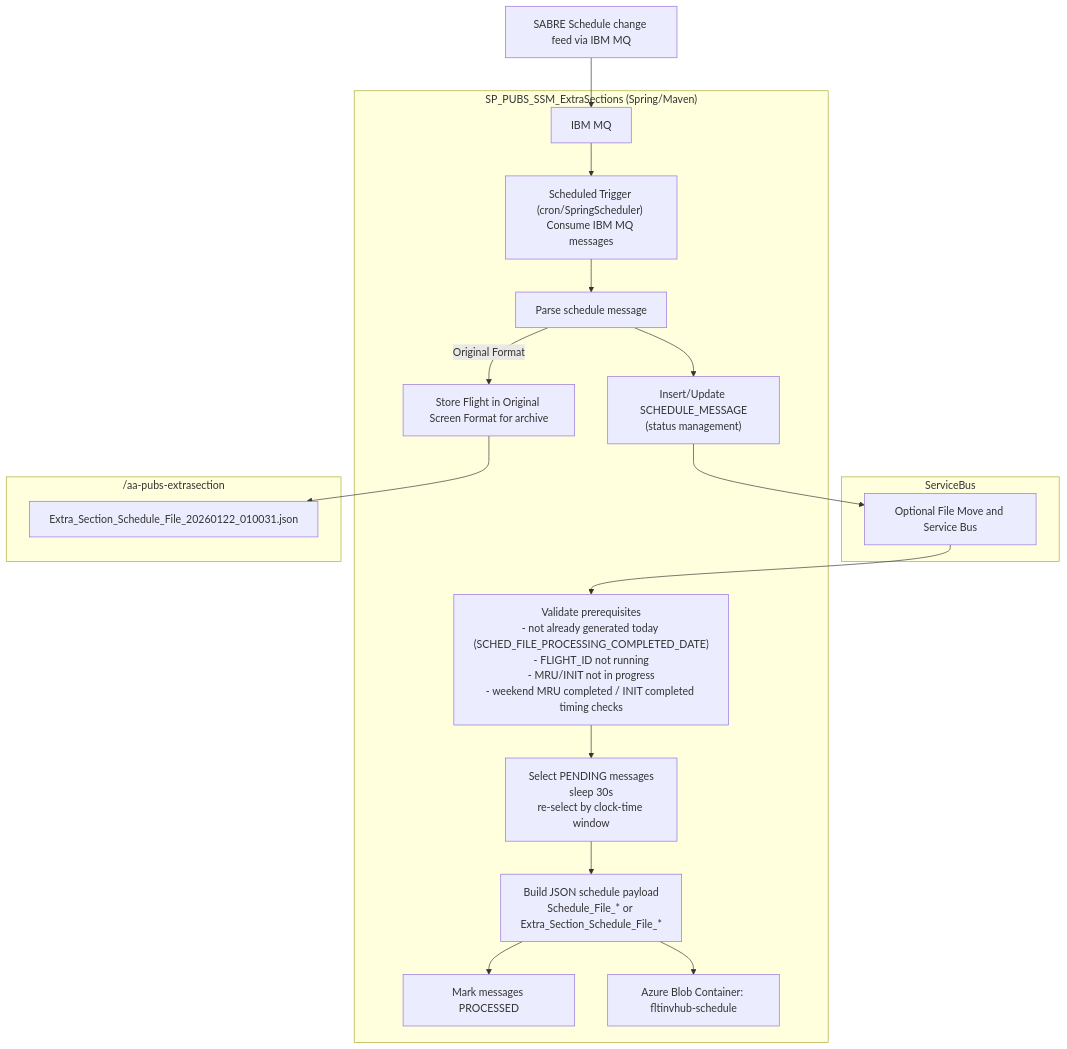
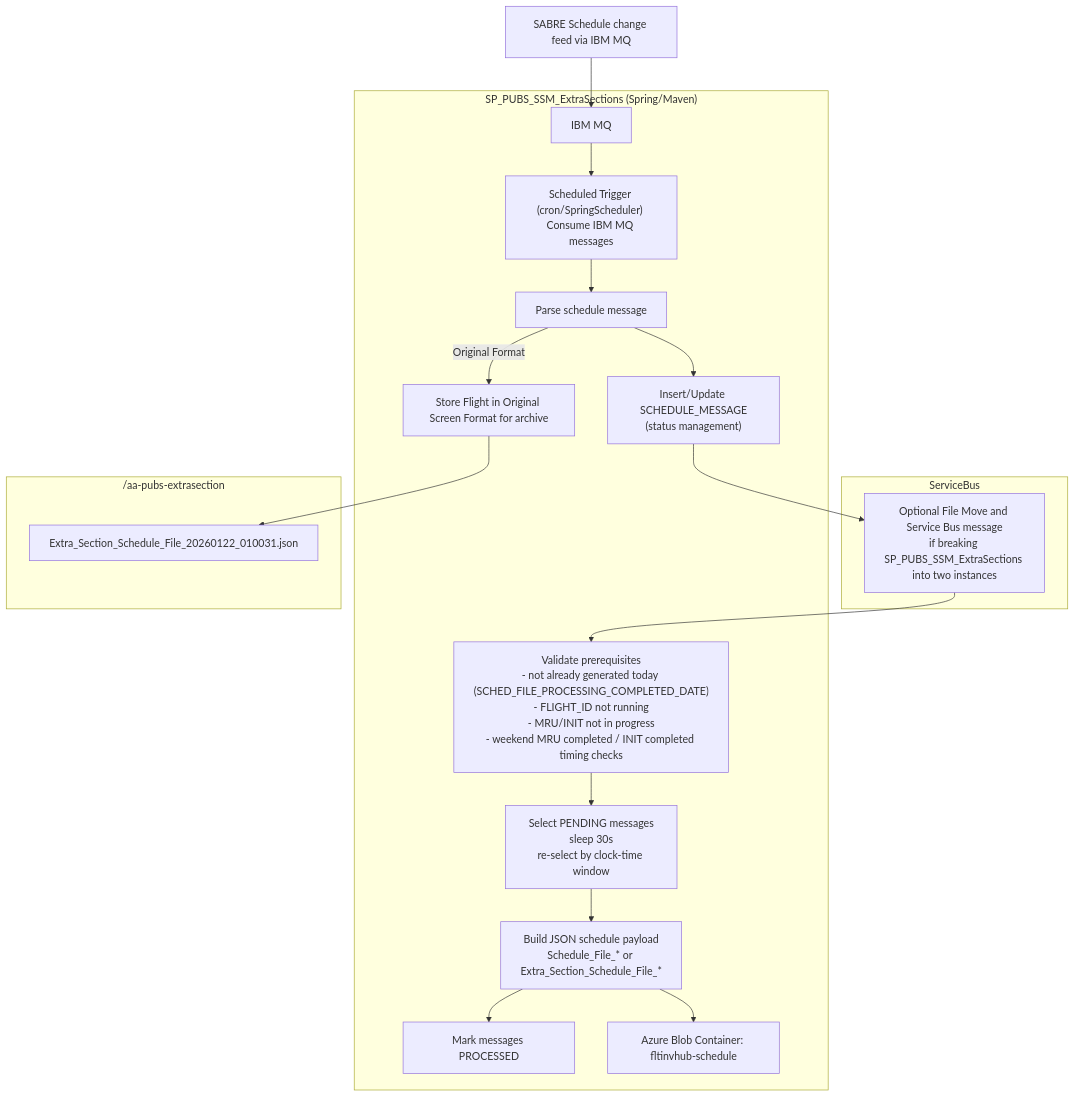
The diagram in README.md (GarrenBagley366/SP_PUBS_SSM_ExtraSections), drawn with Mermaid before and after one commit.

Commit message:
Clarify Service Bus message description in README

````diff
--- a/README.md
+++ b/README.md
@@ -10,36 +10,36 @@
 ```mermaid
 flowchart TD
   %% Sources
   SABRE["SABRE Schedule change feed via IBM MQ"] --> MQ["IBM MQ"]
 
   %% Generator
   subgraph GEN["SP_PUBS_SSM_ExtraSections (Spring/Maven)"]
     MQ --> G1["Scheduled Trigger (cron/SpringScheduler) Consume IBM MQ messages"]
     G1 --> G2["Parse schedule message"]
     click G2 href "https://github.com/AAInternal/FltInvhub_Schedule_FileProcessor/wiki/File-Processor-Business-Rules"
     G2 --> G3["Insert/Update SCHEDULE_MESSAGE<br/>(status management)"]
     G2 -->|Original Format| G4["Store Flight in Original Screen Format for archive<br/>"]
     
 
 G6["Validate prerequisites<br/>- not already generated today (SCHED_FILE_PROCESSING_COMPLETED_DATE)<br/>- FLIGHT_ID not running<br/>- MRU/INIT not in progress<br/>- weekend MRU completed / INIT completed timing checks"]
     G6 --> G7["Select PENDING messages<br/>sleep 30s<br/>re-select by clock-time window"]
     G7 --> G8["Build JSON schedule payload<br/>Schedule_File_* or Extra_Section_Schedule_File_*"]
     G8 --> G9["Mark messages PROCESSED"]
     G8 --> BLOB_IN["Azure Blob Container: fltinvhub-schedule"]
   end
 
   %% Message Bus
   subgraph ServiceBus
-    SB["Optional File Move and Service Bus"]
+    SB["Optional File Move and Service Bus message<br>if breaking SP_PUBS_SSM_ExtraSections into two instances "]
   end
 
   subgraph DIR["/aa-pubs-extrasection"]
     FA["Extra_Section_Schedule_File_20260122_010031.json"]
   end
 
   %% Edges
   G3 --> SB
   G4 --> FA
   SB --> G6
 
 ```
````
